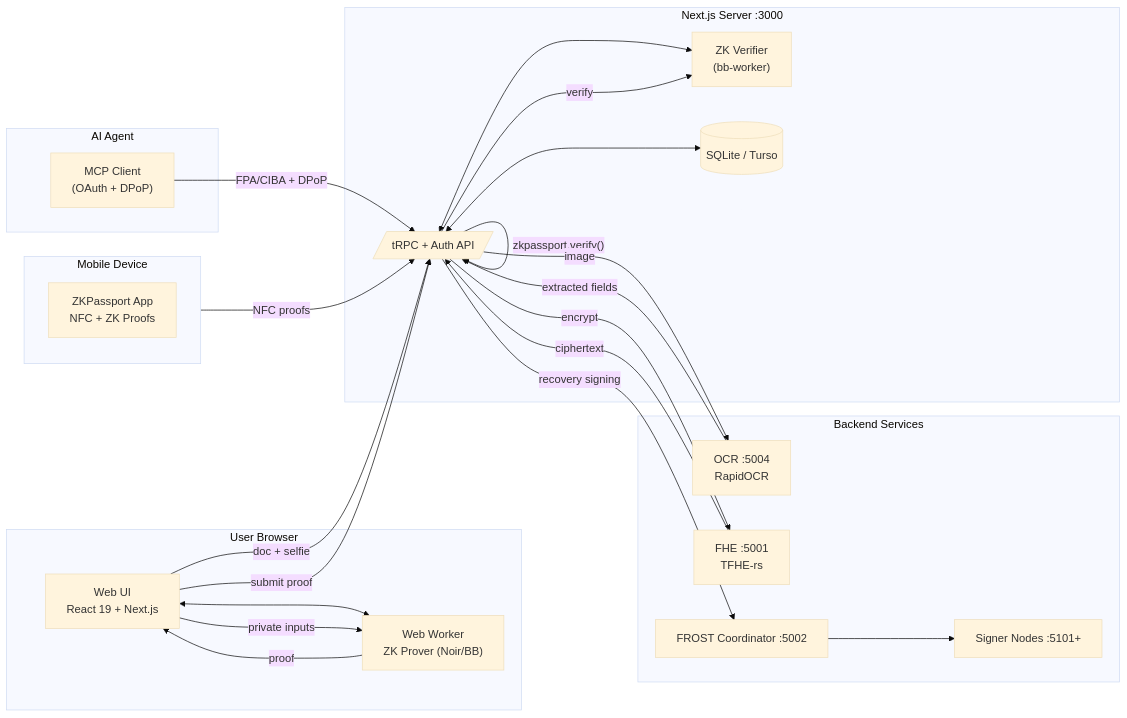
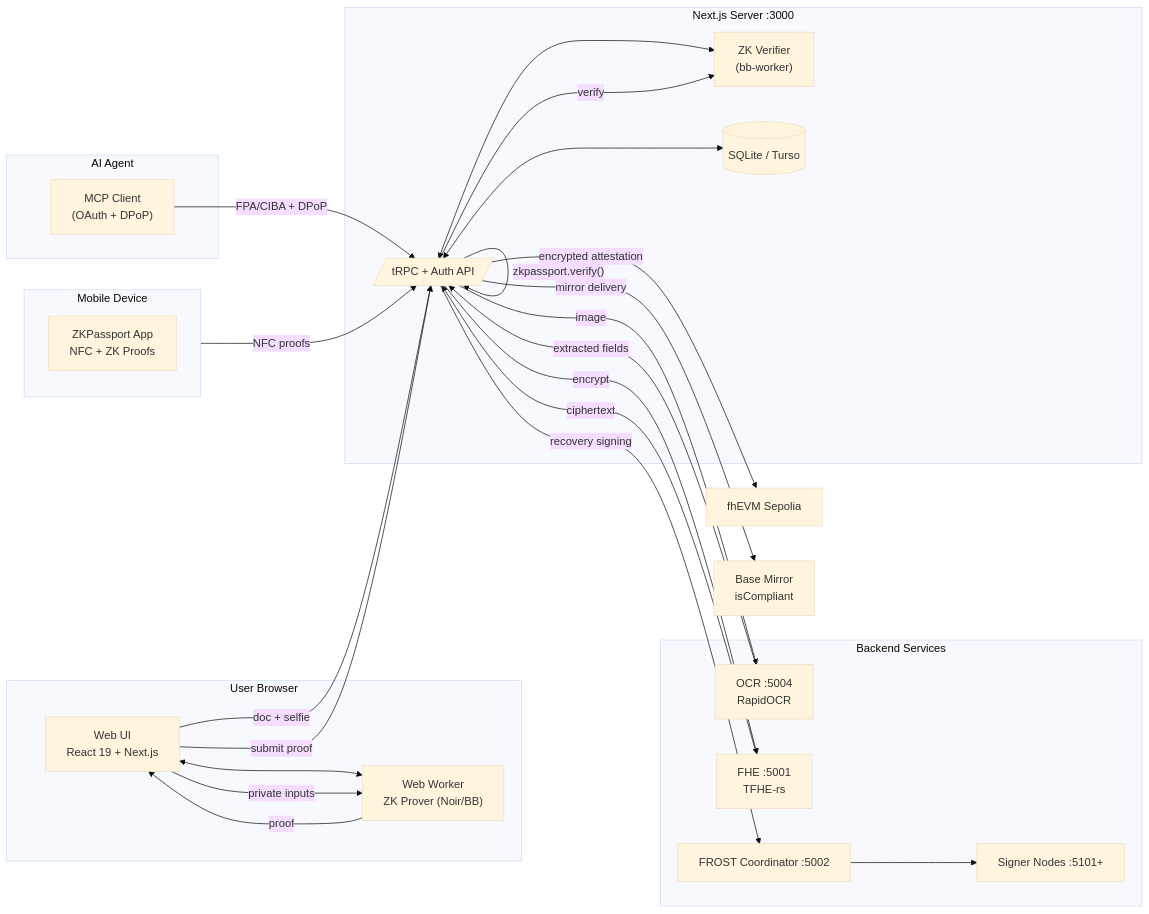
Before and after one commit to gustavovalverde/zentity: the first of 4 diagrams in docs/(concepts)/architecture.md, drawn with Mermaid (base theme). The commit also changed other lines of this file and 82 other files, not shown here.

Commit message:
feat: add Base compliance mirror for x402 payments (#161)

````diff
--- a/docs/(concepts)/architecture.md
+++ b/docs/(concepts)/architecture.md
@@ -30,48 +30,50 @@
 ```mermaid
 flowchart LR
   subgraph Browser["User Browser"]
     UI["Web UI\nReact 19 + Next.js"]
     W["Web Worker\nZK Prover (Noir/BB)"]
     UI <--> W
   end
 
   subgraph Server["Next.js Server :3000"]
     API[/"tRPC + Auth API"/]
     BB["ZK Verifier\n(bb-worker)"]
     DB[("SQLite / Turso")]
     API <--> BB
     API <--> DB
   end
 
   subgraph Services["Backend Services"]
     OCR["OCR :5004\nRapidOCR"]
     FHE["FHE :5001\nTFHE-rs"]
     SIGNER["FROST Coordinator :5002"]
     SIGNERS["Signer Nodes :5101+"]
     SIGNER --> SIGNERS
   end
 
   subgraph Mobile["Mobile Device"]
     ZKP["ZKPassport App\nNFC + ZK Proofs"]
   end
 
   subgraph Agent["AI Agent"]
     MCP["MCP Client\n(OAuth + DPoP)"]
   end
 
   UI -->|"doc + selfie"| API
   MCP -->|"FPA/CIBA + DPoP"| API
   Mobile -->|"NFC proofs"| API
   API -->|"zkpassport.verify()"| API
   API -->|"image"| OCR
   OCR -->|"extracted fields"| API
 
   UI -->|"private inputs"| W
   W -->|"proof"| UI
   UI -->|"submit proof"| API
   API -->|"verify"| BB
 
   API -->|"encrypt"| FHE
   FHE -->|"ciphertext"| API
   API -->|"recovery signing"| SIGNER
+  API -->|"encrypted attestation"| FHEVM["fhEVM Sepolia"]
+  API -->|"mirror delivery"| BASE["Base Mirror\nisCompliant"]
 ```
````
